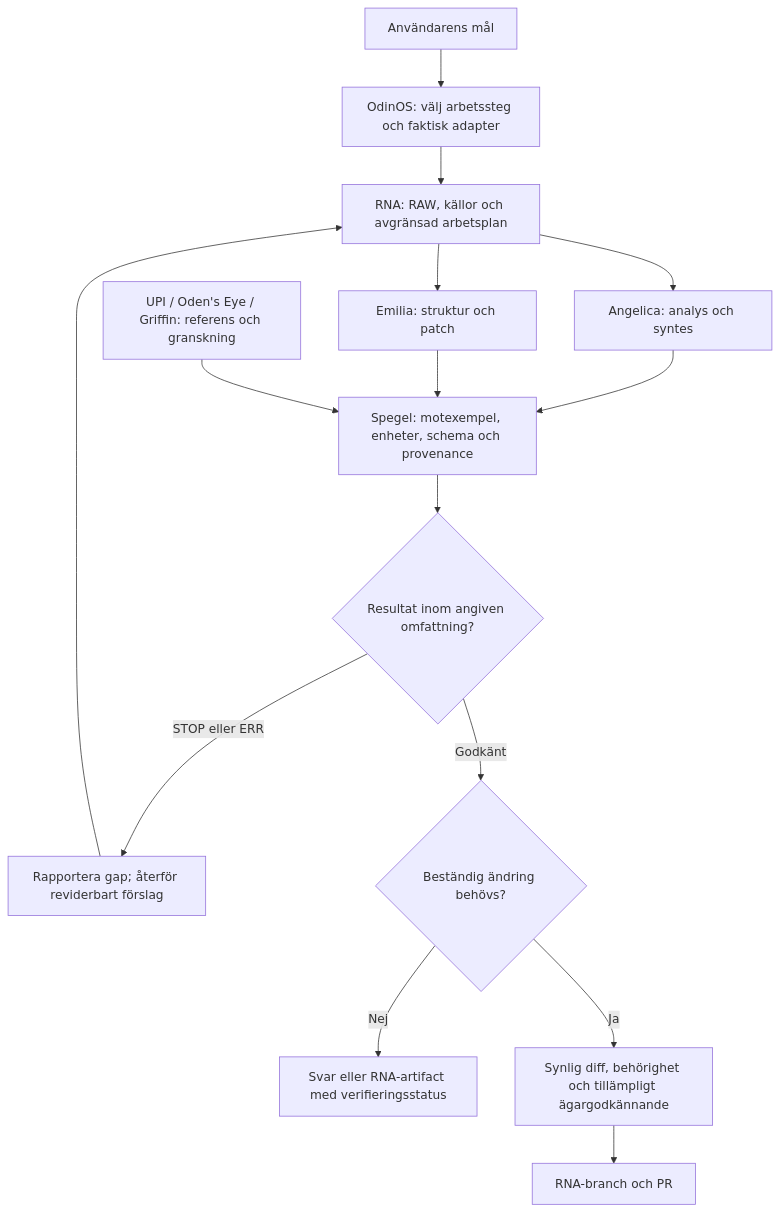
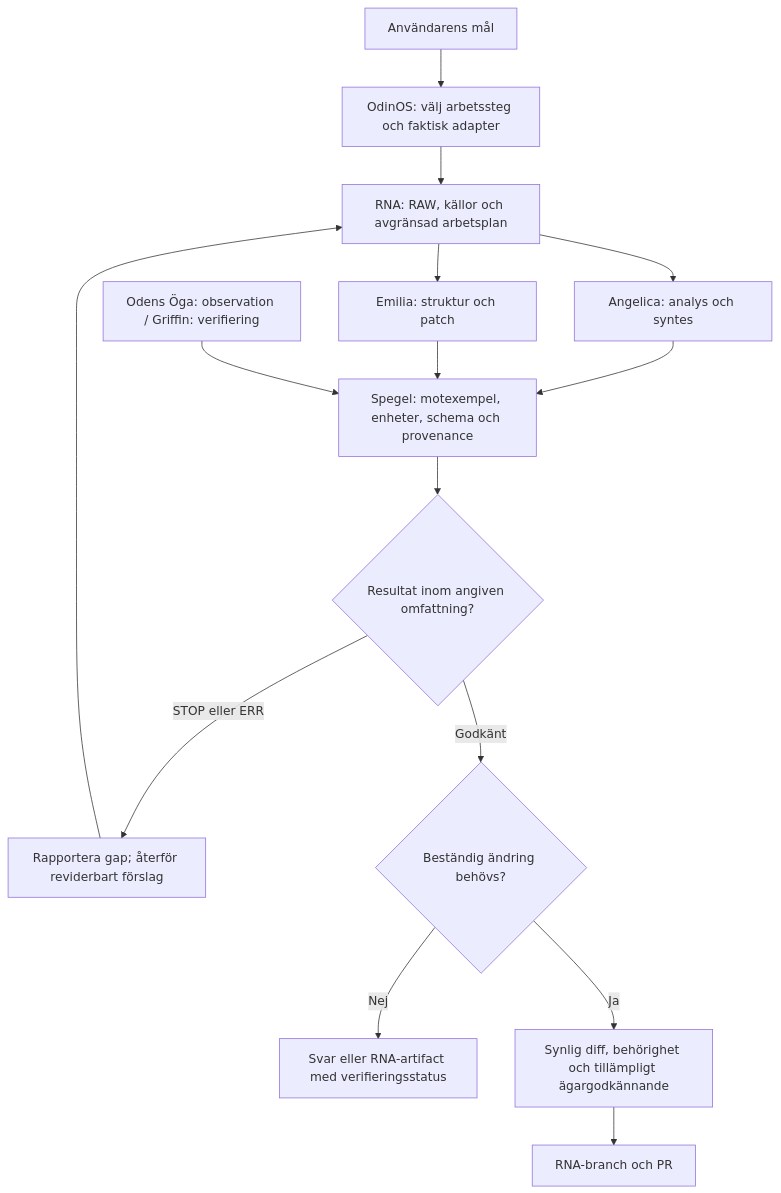
Before and after one commit to dpstudio-se/VR-ASI-CO: the second of 4 diagrams in docs/VR_ASI_CO_ODINOS_BUILD_RULES.md, drawn with Mermaid.

Commit message:
Clarify separate observation and verification responsibilities

````diff
--- a/docs/VR_ASI_CO_ODINOS_BUILD_RULES.md
+++ b/docs/VR_ASI_CO_ODINOS_BUILD_RULES.md
@@ -73,17 +73,17 @@
 ```mermaid
 flowchart TD
   U["Användarens mål"] --> O["OdinOS: välj arbetssteg och faktisk adapter"]
   O --> R["RNA: RAW, källor och avgränsad arbetsplan"]
   R --> A["Angelica: analys och syntes"]
   R --> E["Emilia: struktur och patch"]
   A --> M["Spegel: motexempel, enheter, schema och provenance"]
   E --> M
-  K["UPI / Oden's Eye / Griffin: referens och granskning"] --> M
+  K["Odens Öga: observation / Griffin: verifiering"] --> M
   M --> Q{"Resultat inom angiven omfattning?"}
   Q -->|STOP eller ERR| X["Rapportera gap; återför reviderbart förslag"]
   X --> R
   Q -->|Godkänt| F{"Beständig ändring behövs?"}
   F -->|Nej| Y["Svar eller RNA-artifact med verifieringsstatus"]
   F -->|Ja| G["Synlig diff, behörighet och tillämpligt ägargodkännande"]
   G --> Z["RNA-branch och PR"]
 ```
````
